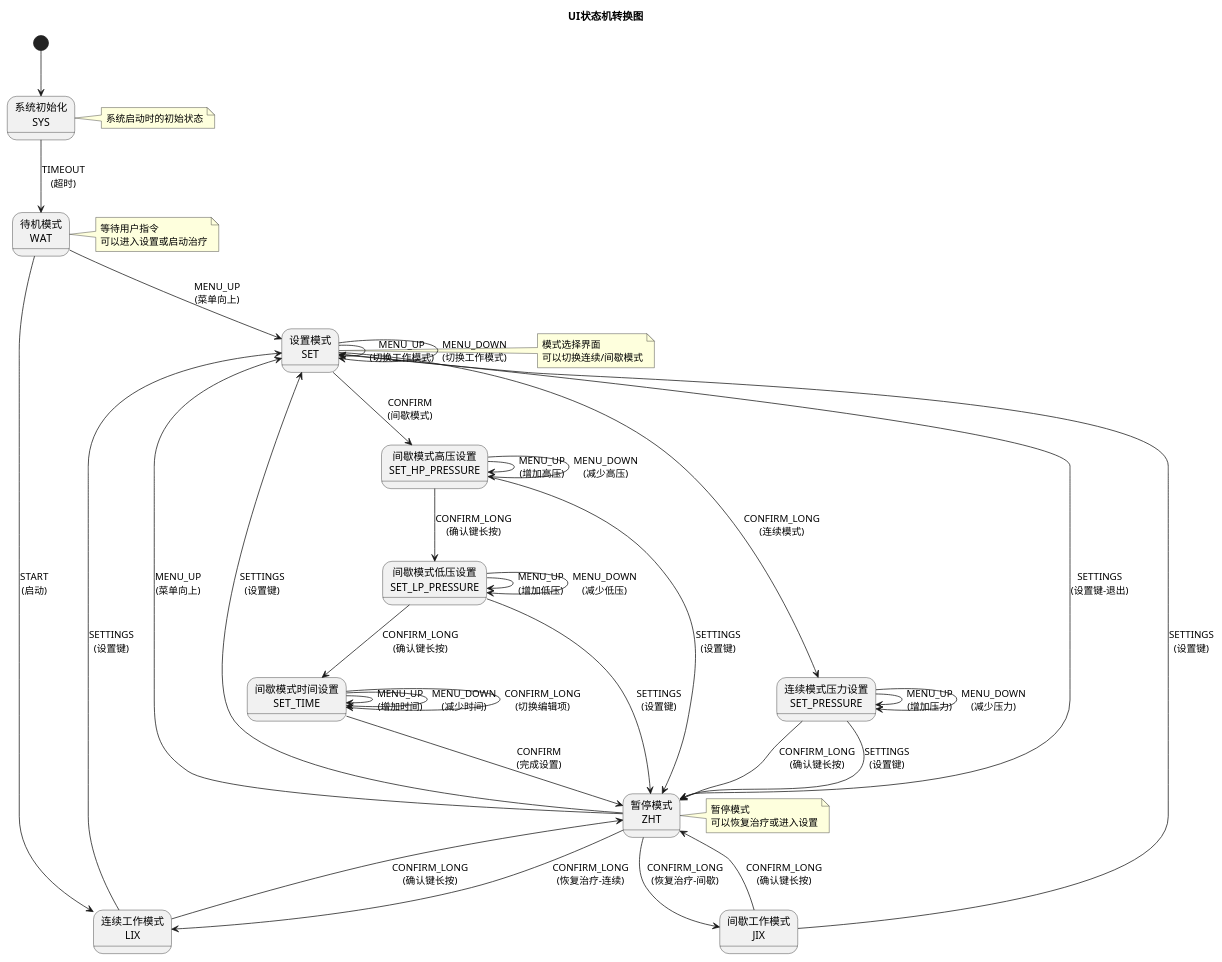
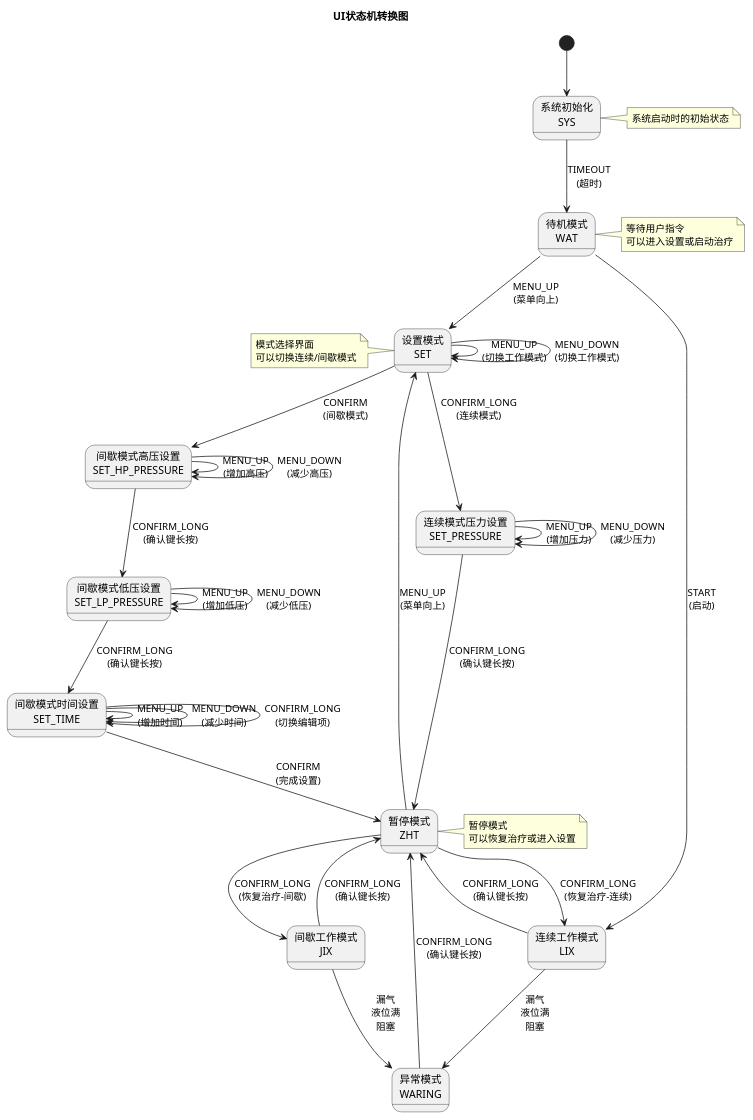
One commit to hupengpengNWD/npwt_v2 changed the diagram in npwt_refactored/scripts/ui_state_machine.puml. Above: the diagram before and after it, drawn with PlantUML. The commit also changed 1 other file, not shown here.

```diff
--- a/npwt_refactored/scripts/ui_state_machine.puml
+++ b/npwt_refactored/scripts/ui_state_machine.puml
@@ -1,79 +1,78 @@
 @startuml UI状态机转换图
 
 title UI状态机转换图
 
 state "系统初始化\nSYS" as SYS
 state "待机模式\nWAT" as WAT
 state "连续工作模式\nLIX" as LIX
 state "间歇工作模式\nJIX" as JIX
 state "暂停模式\nZHT" as ZHT
 state "设置模式\nSET" as SET
 state "连续模式压力设置\nSET_PRESSURE" as SET_PRESSURE
 state "间歇模式高压设置\nSET_HP_PRESSURE" as SET_HP_PRESSURE
 state "间歇模式低压设置\nSET_LP_PRESSURE" as SET_LP_PRESSURE
 state "间歇模式时间设置\nSET_TIME" as SET_TIME
+state "异常模式\nWARING" as WARING
 
 [*] --> SYS
 
 SYS --> WAT : TIMEOUT\n(超时)
 
 WAT --> SET : MENU_UP\n(菜单向上)
 WAT --> LIX : START\n(启动)
 
 LIX --> ZHT : CONFIRM_LONG\n(确认键长按)
-LIX --> SET : SETTINGS\n(设置键)
+LIX --> WARING : 漏气\n液位满\n阻塞\n
+
 
 JIX --> ZHT : CONFIRM_LONG\n(确认键长按)
-JIX --> SET : SETTINGS\n(设置键)
+JIX --> WARING : 漏气\n液位满\n阻塞\n
+
+WARING --> ZHT : CONFIRM_LONG\n(确认键长按)
 
 ZHT --> SET : MENU_UP\n(菜单向上)
-ZHT --> SET : SETTINGS\n(设置键)
 ZHT --> LIX : CONFIRM_LONG\n(恢复治疗-连续)
 ZHT --> JIX : CONFIRM_LONG\n(恢复治疗-间歇)
 
-SET --> ZHT : SETTINGS\n(设置键-退出)
 SET --> SET : MENU_UP\n(切换工作模式)
 SET --> SET : MENU_DOWN\n(切换工作模式)
 SET --> SET_PRESSURE : CONFIRM_LONG\n(连续模式)
 SET --> SET_HP_PRESSURE : CONFIRM\n(间歇模式)
 
 SET_PRESSURE --> SET_PRESSURE : MENU_UP\n(增加压力)
 SET_PRESSURE --> SET_PRESSURE : MENU_DOWN\n(减少压力)
 SET_PRESSURE --> ZHT : CONFIRM_LONG\n(确认键长按)
-SET_PRESSURE --> ZHT : SETTINGS\n(设置键)
 
 SET_HP_PRESSURE --> SET_HP_PRESSURE : MENU_UP\n(增加高压)
 SET_HP_PRESSURE --> SET_HP_PRESSURE : MENU_DOWN\n(减少高压)
 SET_HP_PRESSURE --> SET_LP_PRESSURE : CONFIRM_LONG\n(确认键长按)
-SET_HP_PRESSURE --> ZHT : SETTINGS\n(设置键)
 
 SET_LP_PRESSURE --> SET_LP_PRESSURE : MENU_UP\n(增加低压)
 SET_LP_PRESSURE --> SET_LP_PRESSURE : MENU_DOWN\n(减少低压)
 SET_LP_PRESSURE --> SET_TIME : CONFIRM_LONG\n(确认键长按)
-SET_LP_PRESSURE --> ZHT : SETTINGS\n(设置键)
 
 SET_TIME --> SET_TIME : MENU_UP\n(增加时间)
 SET_TIME --> SET_TIME : MENU_DOWN\n(减少时间)
 SET_TIME --> SET_TIME : CONFIRM_LONG\n(切换编辑项)
 SET_TIME --> ZHT : CONFIRM\n(完成设置)
 
 note right of SYS
   系统启动时的初始状态
 end note
 
 note right of WAT
   等待用户指令
   可以进入设置或启动治疗
 end note
 
-note right of SET
+note left of SET
   模式选择界面
   可以切换连续/间歇模式
 end note
 
 note right of ZHT
   暂停模式
   可以恢复治疗或进入设置
 end note
 
 @enduml
```
